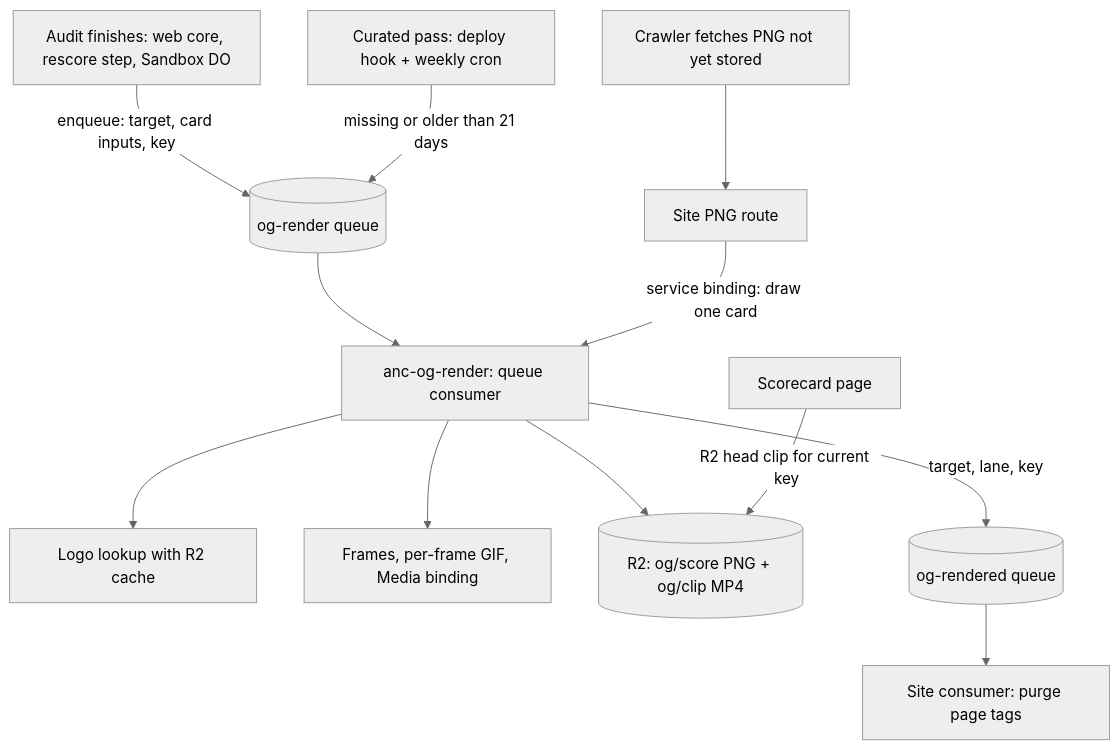
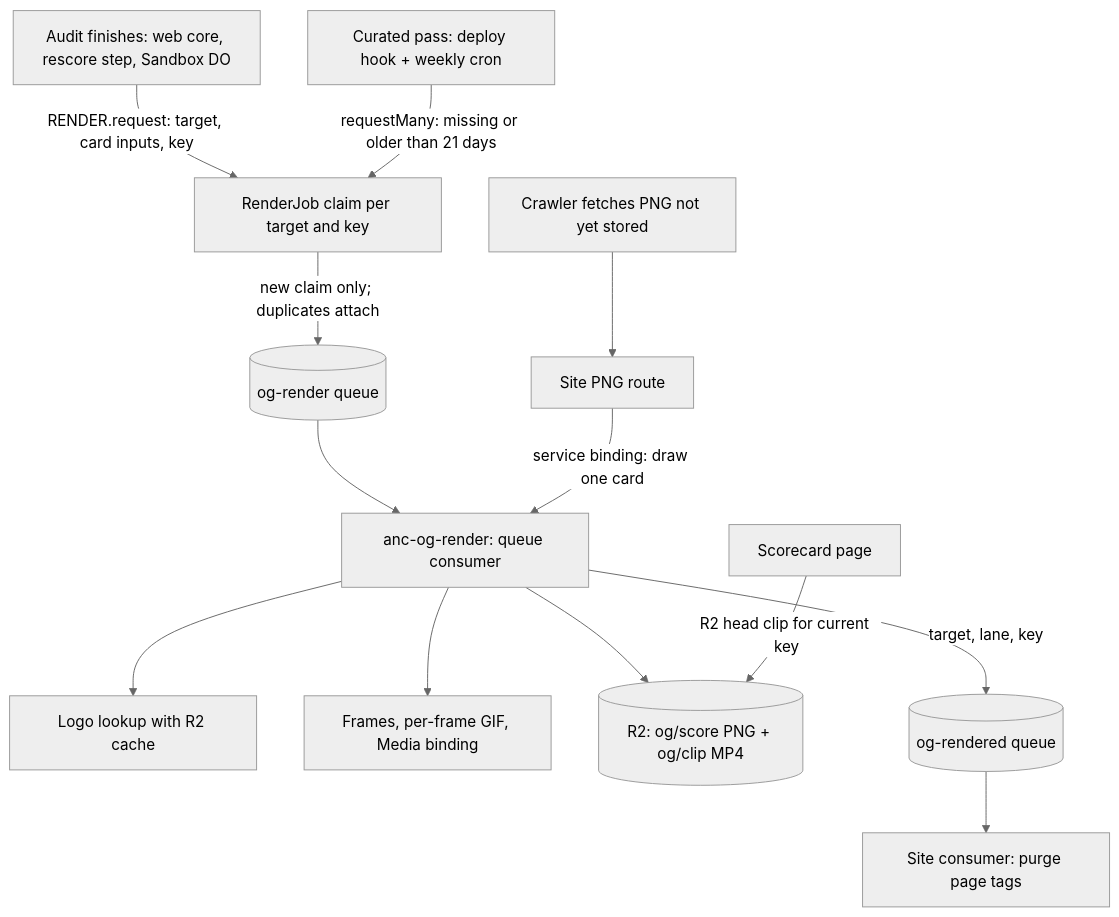
The first of 2 diagrams in docs/plans/2026-10-26-2253-feat-scorecard-og-video-plan.md (brettdavies/agentnative-site), drawn with Mermaid (neutral theme) before and after one commit. The commit also changed other lines of this file, not shown here.

````diff
--- a/docs/plans/2026-10-26-2253-feat-scorecard-og-video-plan.md
+++ b/docs/plans/2026-10-26-2253-feat-scorecard-og-video-plan.md
@@ -149,14 +159,15 @@
 ```mermaid
 flowchart TB
-  A[Audit finishes: web core, rescore step, Sandbox DO] -->|enqueue: target, card inputs, key| Q1[(og-render queue)]
-  P[Curated pass: deploy hook + weekly cron] -->|missing or older than 21 days| Q1
+  A[Audit finishes: web core, rescore step, Sandbox DO] -->|RENDER.request: target, card inputs, key| J[RenderJob claim per target and key]
+  P[Curated pass: deploy hook + weekly cron] -->|requestMany: missing or older than 21 days| J
+  J -->|new claim only; duplicates attach| Q1[(og-render queue)]
   Q1 --> R[anc-og-render: queue consumer]
   R --> L[Logo lookup with R2 cache]
   R --> F[Frames, per-frame GIF, Media binding]
   R --> S[(R2: og/score PNG + og/clip MP4)]
   R -->|target, lane, key| Q2[(og-rendered queue)]
   Q2 --> C[Site consumer: purge page tags]
   G[Crawler fetches PNG not yet stored] --> X[Site PNG route]
   X -->|service binding: draw one card| R
   V[Scorecard page] -->|R2 head clip for current key| S
 ```
````
